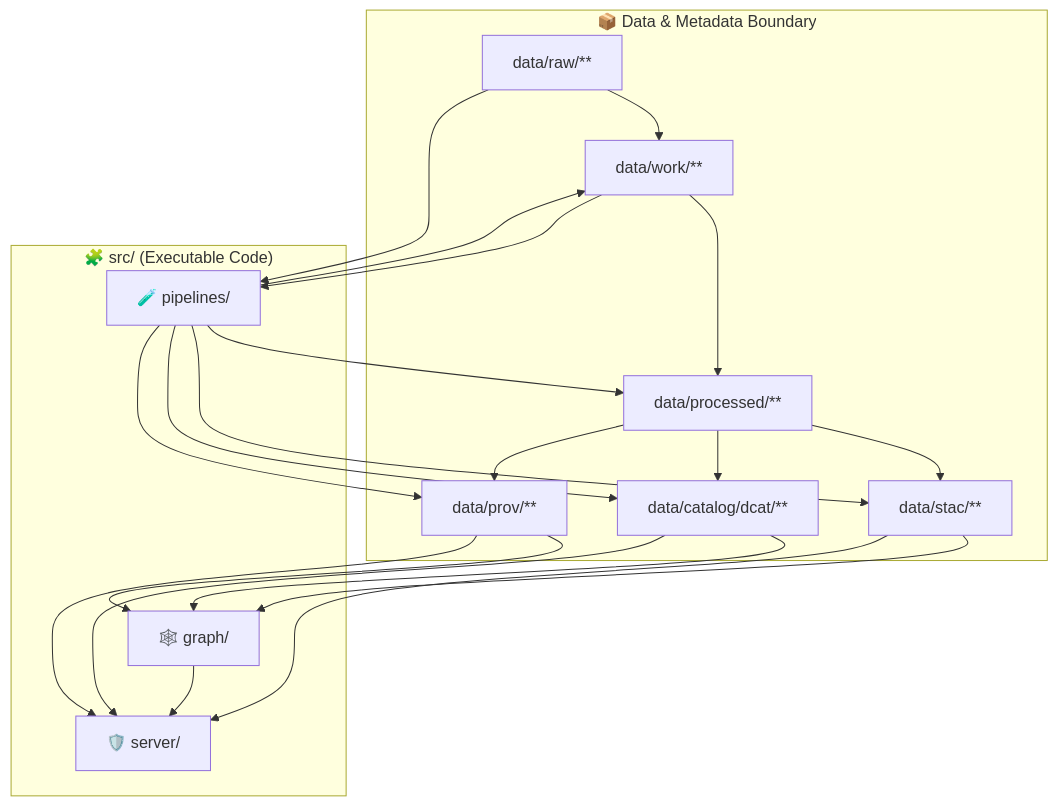
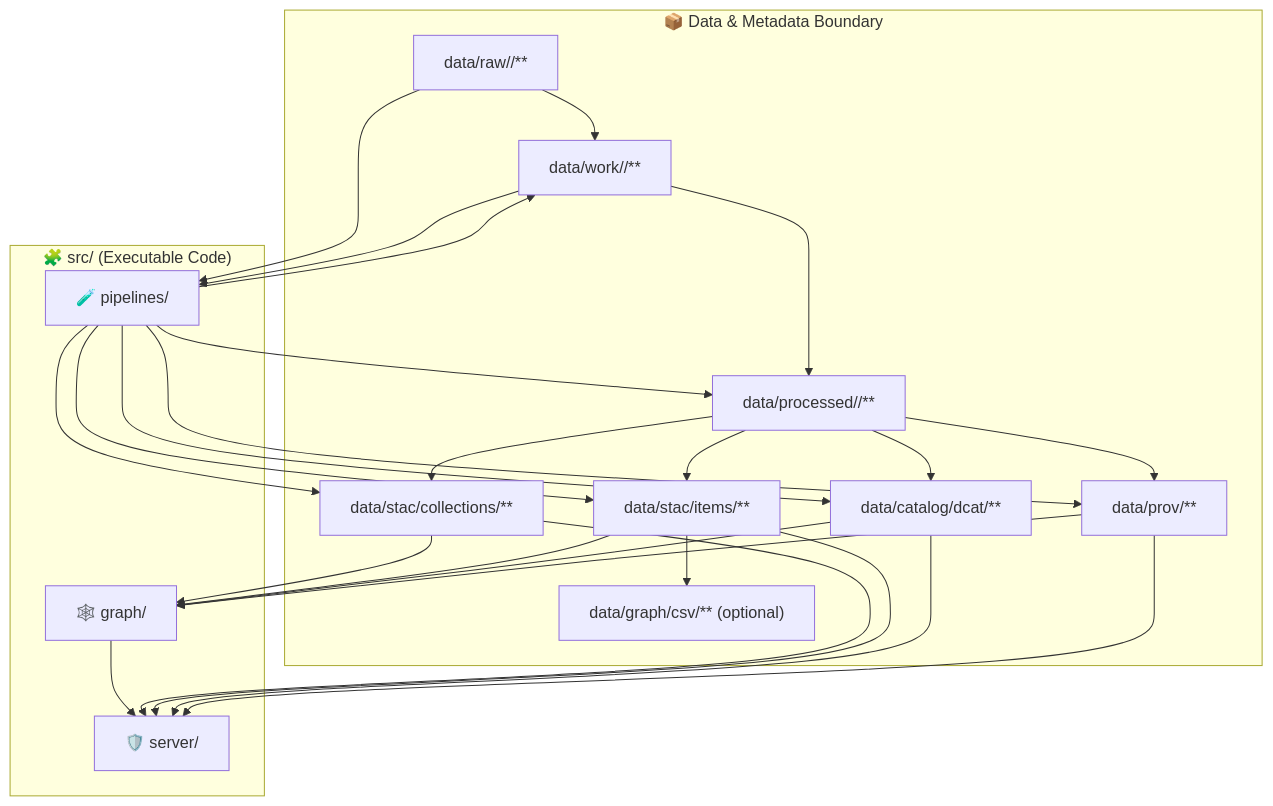
One commit to bartytime4life/Kansas-Frontier-Matrix changed the second of 2 diagrams in docs/README.md. Above: the diagram before and after it, drawn with Mermaid. The commit also changed other lines of this file, not shown here.

````diff
--- a/docs/README.md
+++ b/docs/README.md
@@ -153,27 +202,36 @@
 ```mermaid
 flowchart TB
   subgraph Data["📦 Data & Metadata Boundary"]
-    RAW["data/raw/**"] --> WORK["data/work/**"] --> PROC["data/processed/**"]
-    PROC --> STAC["data/stac/**"]
+    RAW["data/raw/<domain>/**"] --> WORK["data/work/<domain>/**"] --> PROC["data/processed/<domain>/**"]
+
+    PROC --> STAC_C["data/stac/collections/**"]
+    PROC --> STAC_I["data/stac/items/**"]
     PROC --> DCAT["data/catalog/dcat/**"]
     PROC --> PROV["data/prov/**"]
+
+    STAC_I --> GRAPH_EXPORT["data/graph/csv/** (optional)"]
   end
 
   subgraph SRC["🧩 src/ (Executable Code)"]
     PIPES["🧪 pipelines/"]
     GRAPH["🕸️ graph/"]
     SERVER["🛡️ server/"]
   end
 
   RAW --> PIPES --> WORK --> PIPES --> PROC
-  PIPES --> STAC
+  PIPES --> STAC_C
+  PIPES --> STAC_I
   PIPES --> DCAT
   PIPES --> PROV
-  STAC --> GRAPH
+
+  STAC_C --> GRAPH
+  STAC_I --> GRAPH
   DCAT --> GRAPH
   PROV --> GRAPH
+
   GRAPH --> SERVER
-  STAC --> SERVER
+  STAC_C --> SERVER
+  STAC_I --> SERVER
   DCAT --> SERVER
   PROV --> SERVER
 ```
````
